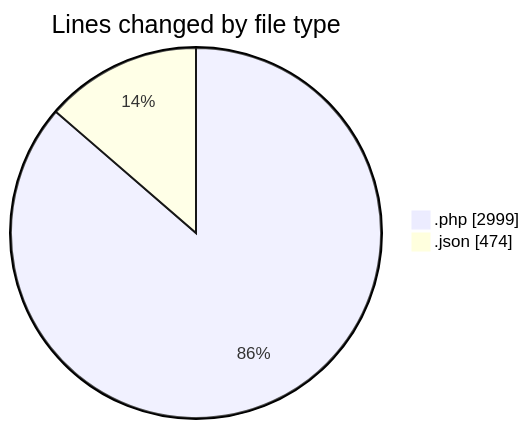
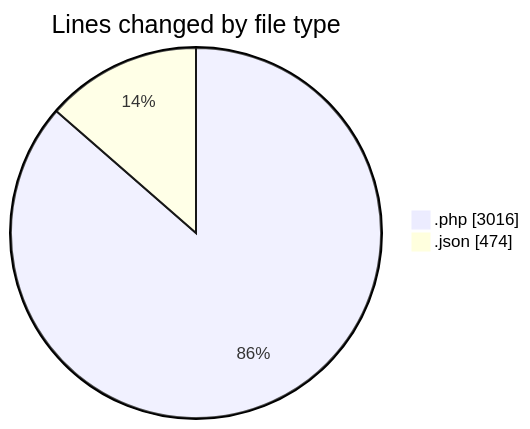
One commit to idhammustaqopulfikri/code-tracking changed the first of 2 diagrams in 2025-06-16/studio-backend/README.md. Above: the diagram before and after it, drawn with Mermaid. The commit also changed other lines of this file and 1 other file, not shown here.

````diff
--- a/2025-06-16/studio-backend/README.md
+++ b/2025-06-16/studio-backend/README.md
@@ -36,6 +36,6 @@
 ```mermaid
 pie showData
 title Lines changed by file type
-".php" : 2999
+".php" : 3016
 ".json" : 474
 ```
````
